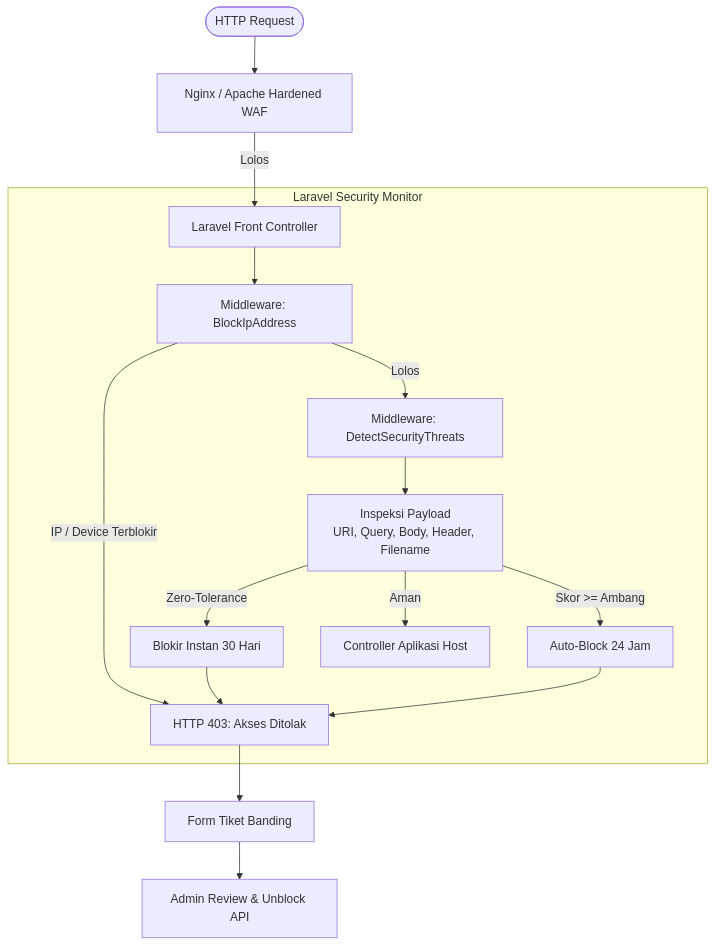
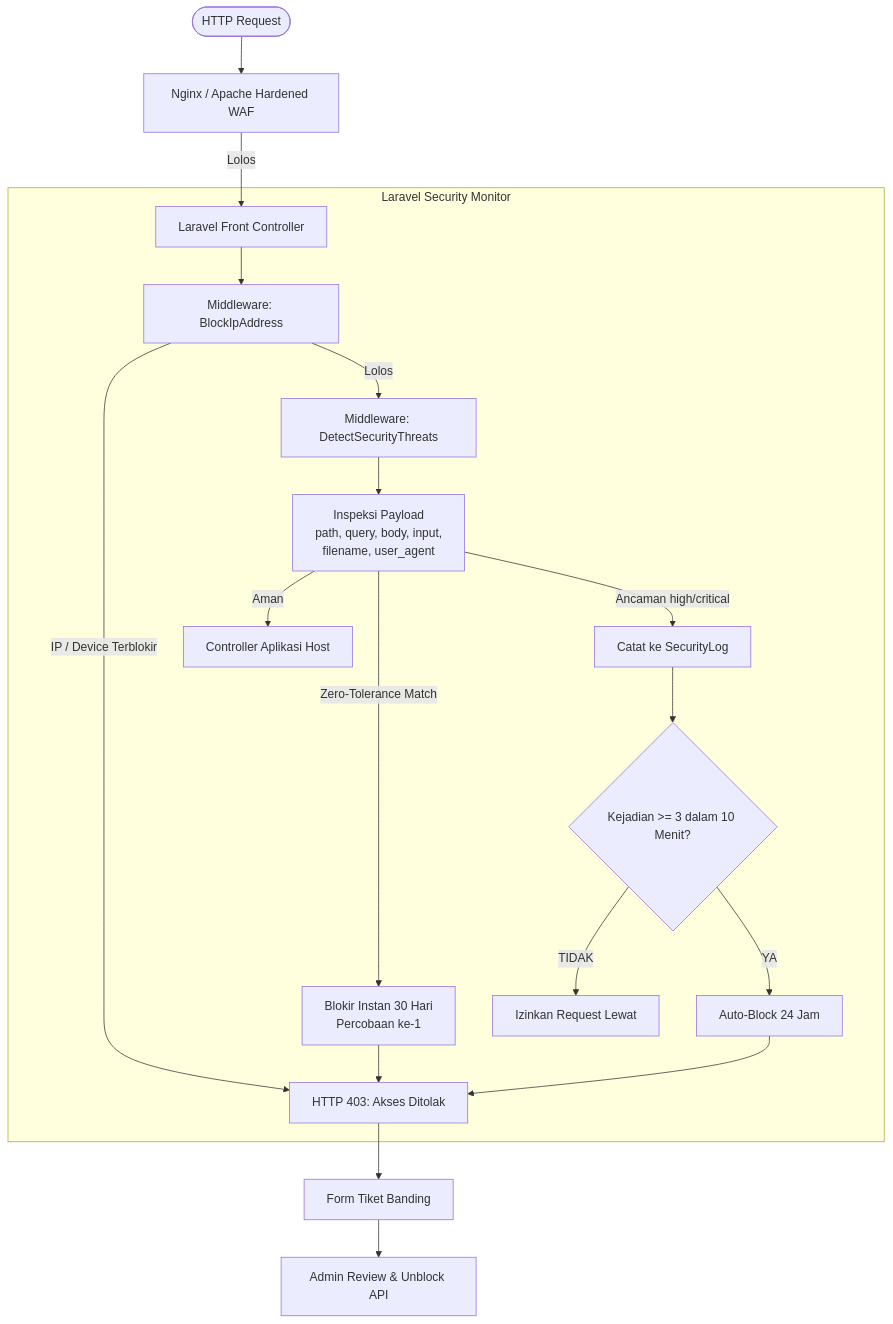
Before and after one commit to robyajo/web-laravel-security: the diagram in src/content/docs/index.mdx, drawn with Mermaid. The commit also changed other lines of this file and 3 other files, not shown here.

First line of the commit message:
Improve mermaid rendering and add optimizeDeps config

````diff
--- a/src/content/docs/index.mdx
+++ b/src/content/docs/index.mdx
@@ -105,20 +111,23 @@
 ```mermaid
 flowchart TD
-    Client([HTTP Request]) --> Nginx[Nginx / Apache Hardened WAF]
-    Nginx -->|Lolos| PHP[Laravel Front Controller]
+    Client(["HTTP Request"]) --> Nginx["Nginx / Apache Hardened WAF"]
+    Nginx -->|Lolos| PHP["Laravel Front Controller"]
 
     subgraph LSM ["Laravel Security Monitor"]
-        PHP --> BlockMW[Middleware: BlockIpAddress]
-        BlockMW -->|IP / Device Terblokir| Ret403[HTTP 403: Akses Ditolak]
-        BlockMW -->|Lolos| ThreatMW[Middleware: DetectSecurityThreats]
-        ThreatMW --> Inspect[Inspeksi Payload<br/>URI, Query, Body, Header, Filename]
-        Inspect -->|Zero-Tolerance| InstBlock[Blokir Instan 30 Hari]
-        Inspect -->|Skor >= Ambang| AutoBlock[Auto-Block 24 Jam]
-        Inspect -->|Aman| App[Controller Aplikasi Host]
+        PHP --> BlockMW["Middleware: BlockIpAddress"]
+        BlockMW -->|IP / Device Terblokir| Ret403["HTTP 403: Akses Ditolak"]
+        BlockMW -->|Lolos| ThreatMW["Middleware: DetectSecurityThreats"]
+        ThreatMW --> Inspect["Inspeksi Payload<br/>path, query, body, input,<br/>filename, user_agent"]
+        Inspect -->|Zero-Tolerance Match| InstBlock["Blokir Instan 30 Hari<br/>Percobaan ke-1"]
+        Inspect -->|Ancaman high/critical| Log["Catat ke SecurityLog"]
+        Log --> Window{"Kejadian >= 3 dalam 10 Menit?"}
+        Window -->|YA| AutoBlock["Auto-Block 24 Jam"]
+        Window -->|TIDAK| Allow["Izinkan Request Lewat"]
+        Inspect -->|Aman| App["Controller Aplikasi Host"]
     end
 
     InstBlock --> Ret403
     AutoBlock --> Ret403
-    Ret403 --> Appeal[Form Tiket Banding]
-    Appeal --> Admin[Admin Review & Unblock API]
+    Ret403 --> Appeal["Form Tiket Banding"]
+    Appeal --> Admin["Admin Review & Unblock API"]
 ```
````
